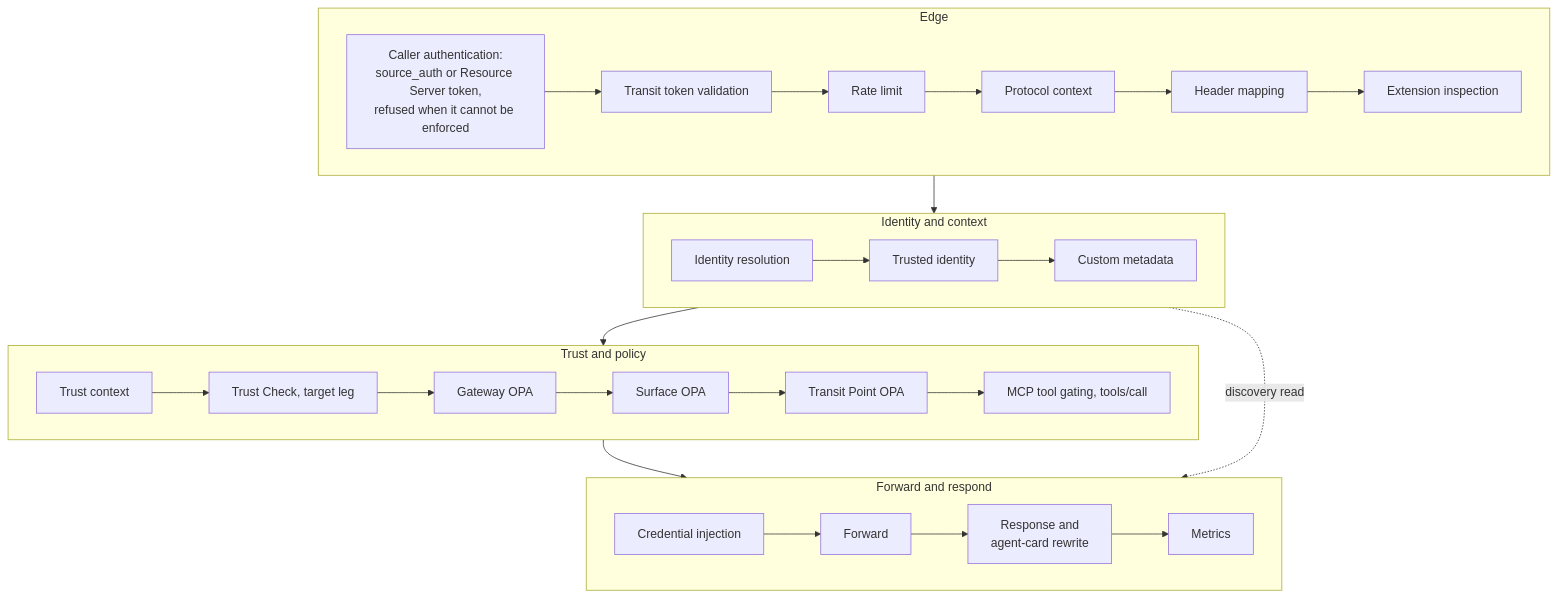
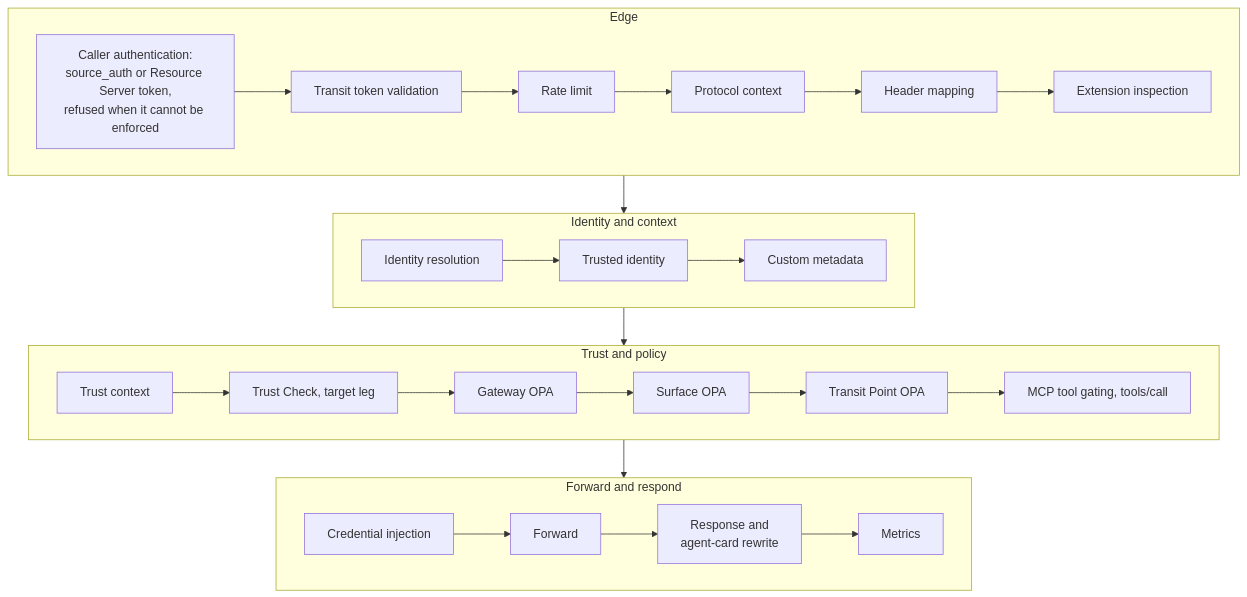
The second of 4 diagrams in ARCHITECTURE.md (affinidi-ai/agent-gateway), drawn with Mermaid before and after one commit. The commit also changed other lines of this file and 10 other files, not shown here.

````diff
--- a/ARCHITECTURE.md
+++ b/ARCHITECTURE.md
@@ -182,21 +182,20 @@
 ```mermaid
 flowchart TB
     subgraph E["Edge"]
         direction LR
         AR["Caller authentication:<br/>source_auth or Resource Server token,<br/>refused when it cannot be enforced"] --> A0[Transit token validation] --> A2[Rate limit] --> A3[Protocol context] --> A4[Header mapping] --> A5[Extension inspection]
     end
     subgraph I["Identity and context"]
         direction LR
         B1[Identity resolution] --> B2[Trusted identity] --> B3[Custom metadata]
     end
     subgraph P["Trust and policy"]
         direction LR
         C0[Trust context] --> C1["Trust Check, target leg"] --> C2[Gateway OPA] --> C3[Surface OPA] --> C4[Transit Point OPA] --> C5["MCP tool gating, tools/call"]
     end
     subgraph F["Forward and respond"]
         direction LR
         D0[Credential injection] --> D1[Forward] --> D2["Response and<br/>agent-card rewrite"] --> D3[Metrics]
     end
     E --> I --> P --> F
-    I -. discovery read .-> F
 ```
````
